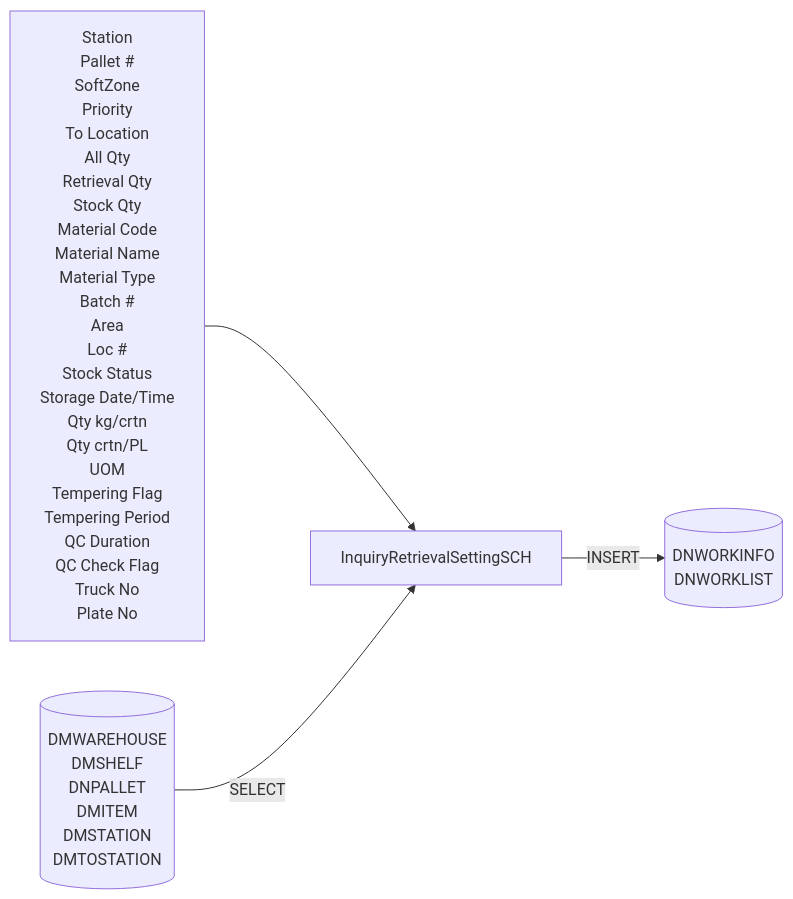
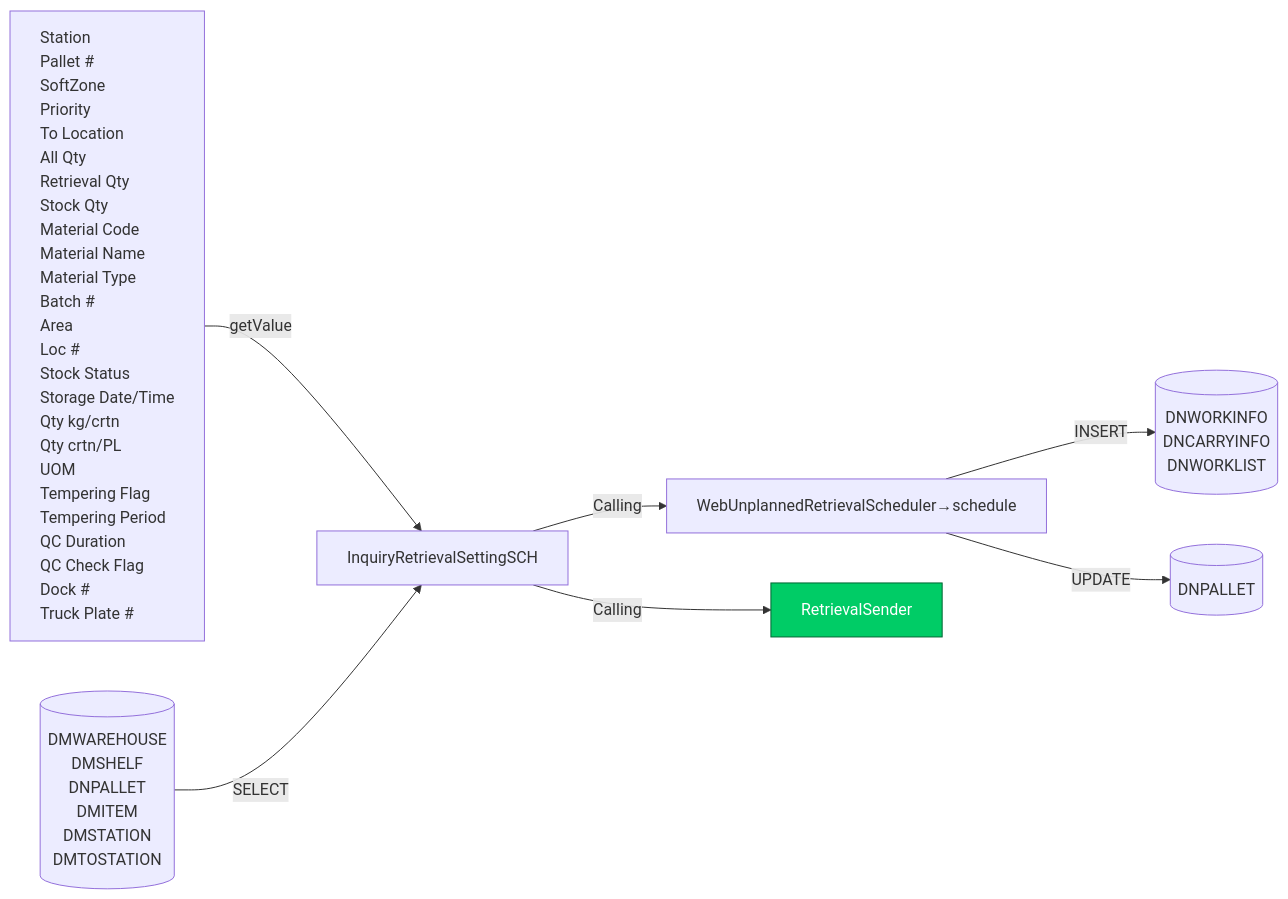
One commit to luthfiadityaa/SimeDarby-Wiki changed the second of 9 diagrams in Basic-Design/DFD-WMS/Retrieval/Unplanned-Retrieval-from-OP-Area-(PKG).md. Above: the diagram before and after it, drawn with Mermaid.

Commit message:
Updated Unplanned Retrieval from OP Area (PKG)

```diff
--- a/Basic-Design/DFD-WMS/Retrieval/Unplanned-Retrieval-from-OP-Area-(PKG).md
+++ b/Basic-Design/DFD-WMS/Retrieval/Unplanned-Retrieval-from-OP-Area-(PKG).md
@@ -67,50 +67,62 @@
 ::: mermaid
 flowchart LR
-input[
-Station
-Pallet #
-SoftZone
-Priority
-To Location
-All Qty
-Retrieval Qty
-Stock Qty
-Material Code
-Material Name
-Material Type
-Batch #
-Area
-Loc #
-Stock Status
-Storage Date/Time
-Qty kg/crtn
-Qty crtn/PL
-UOM
-Tempering Flag
-Tempering Period
-QC Duration
-QC Check Flag
-Truck No
-Plate No
-]
+    input[
+        Station
+        Pallet #
+        SoftZone
+        Priority
+        To Location
+        All Qty
+        Retrieval Qty
+        Stock Qty
+        Material Code
+        Material Name
+        Material Type
+        Batch #
+        Area
+        Loc #
+        Stock Status
+        Storage Date/Time
+        Qty kg/crtn
+        Qty crtn/PL
+        UOM
+        Tempering Flag
+        Tempering Period
+        QC Duration
+        QC Check Flag
+        Dock #
+        Truck Plate #  
+    ]
 
-tableList-insert[("
-DNWORKINFO
-DNWORKLIST
-")]
+    tableList-insert[("
+        DNWORKINFO
+        DNCARRYINFO
+        DNWORKLIST
+    ")]
 
-tableList-select[("
-DMWAREHOUSE
-DMSHELF
-DNPALLET
-DMITEM
-DMSTATION
-DMTOSTATION
-")]
+     tableList-select[("
+        DMWAREHOUSE
+        DMSHELF
+        DNPALLET
+        DMITEM
+        DMSTATION
+        DMTOSTATION
+    ")]
 
+    tableList-update[("
+        DNPALLET
+    ")]
 
-className[InquiryRetrievalSettingSCH]
+    className[InquiryRetrievalSettingSCH]
+    className--> |Calling| className2[WebUnplannedRetrievalScheduler→schedule] --> |INSERT| tableList-insert
+    input --> |getValue| className 
+    className--> |Calling| P1[RetrievalSender]
+    className2 --> |UPDATE| tableList-update
+    tableList-select --> |SELECT| className
 
-input --> className --> |INSERT| tableList-insert
-tableList-select --> |SELECT| className
+    click P1 "https://dev.azure.com/Daifuku-SW/ID_SimeDarbyPlantation/_wiki/wikis/ID_SimeDarbyPlantation.wiki/956/Stacked-Empty-Pallet?anchor=retrieval-sender" "Go to Retrieval Retrieval Sender"
+    style P1 fill:#00cc66,stroke:#006633,color:#ffffff
+
+    classDef leftAlign text-align:left;
+    class input leftAlign;
 :::
```
